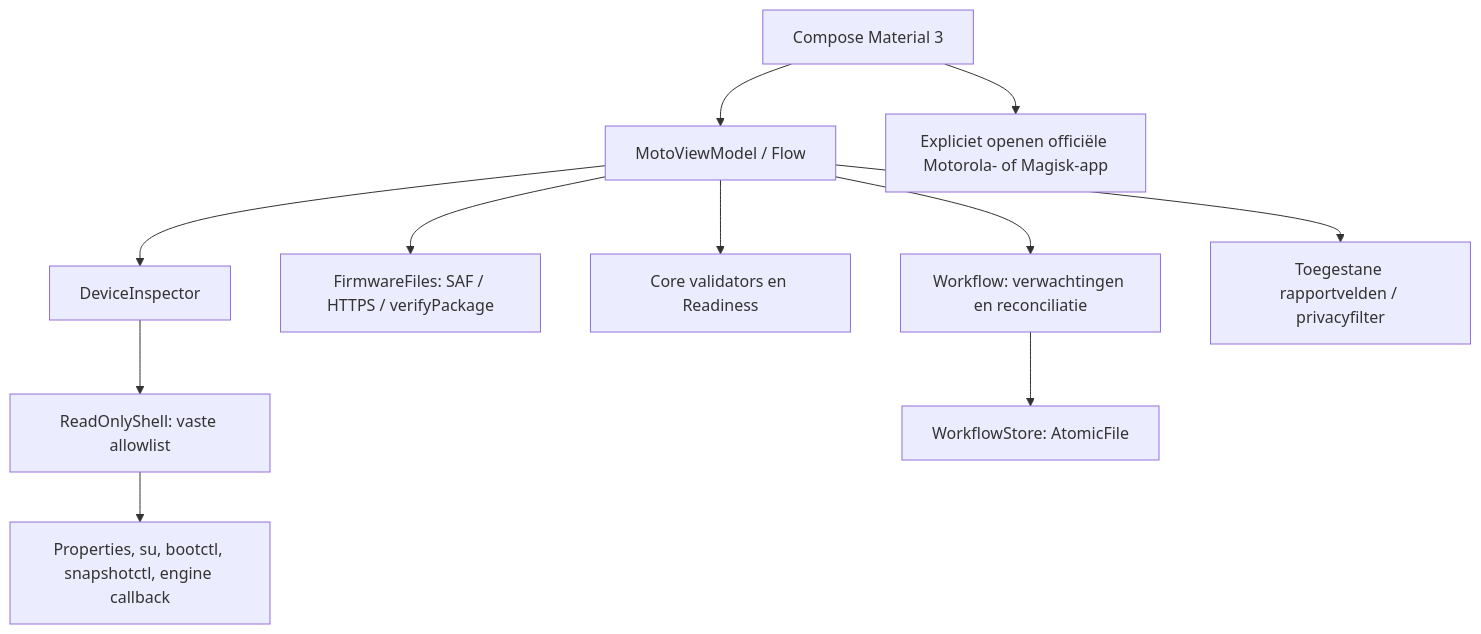
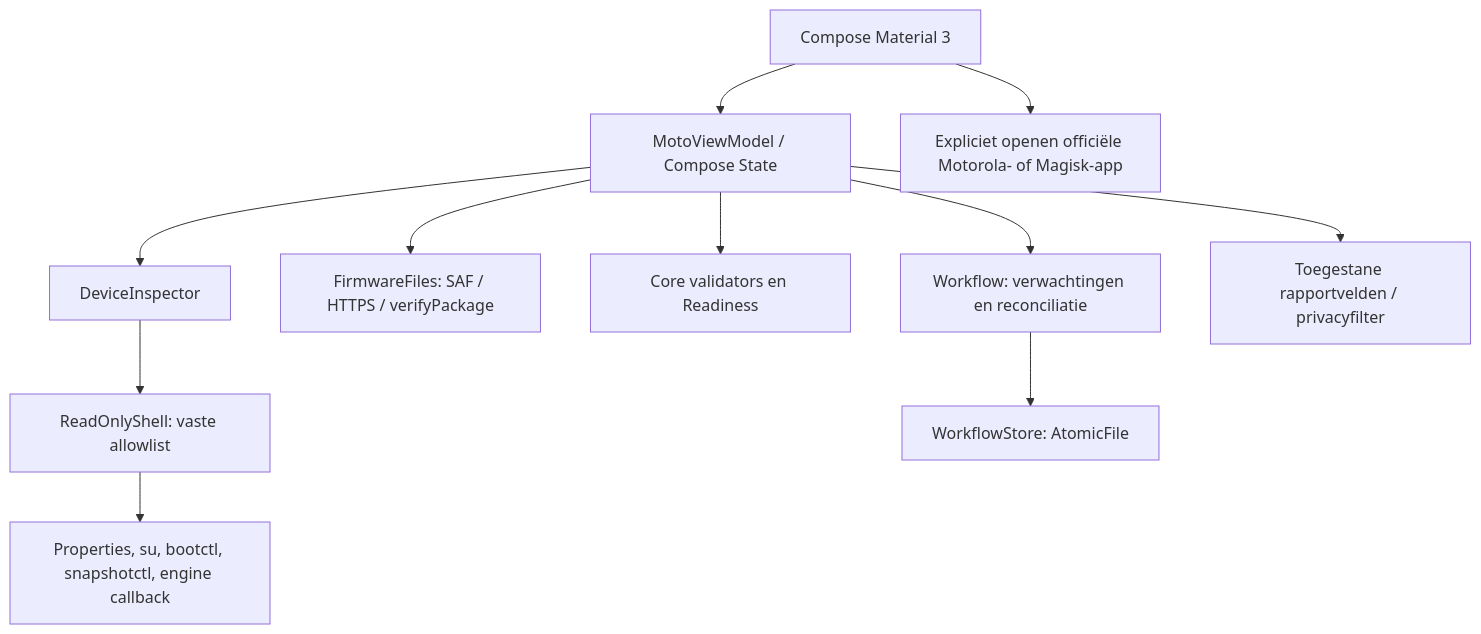
The diagram in docs/ARCHITECTURE.md (JustMLC4real/moto-ota-manager), drawn with Mermaid before and after one commit. The commit also changed 45 other files, not shown here.

````diff
--- a/docs/ARCHITECTURE.md
+++ b/docs/ARCHITECTURE.md
@@ -7,13 +7,13 @@
 ```mermaid
 flowchart TD
-    UI[Compose Material 3] --> VM[MotoViewModel / Flow]
+    UI[Compose Material 3] --> VM[MotoViewModel / Compose State]
     VM --> DI[DeviceInspector]
     DI --> SH[ReadOnlyShell: vaste allowlist]
     SH --> OS[Properties, su, bootctl, snapshotctl, engine callback]
     VM --> FF[FirmwareFiles: SAF / HTTPS / verifyPackage]
     VM --> CORE[Core validators en Readiness]
     VM --> WF[Workflow: verwachtingen en reconciliatie]
     WF --> STORE[WorkflowStore: AtomicFile]
     VM --> EXPORT[Toegestane rapportvelden / privacyfilter]
     UI --> APPS[Expliciet openen officiële Motorola- of Magisk-app]
 ```
````
